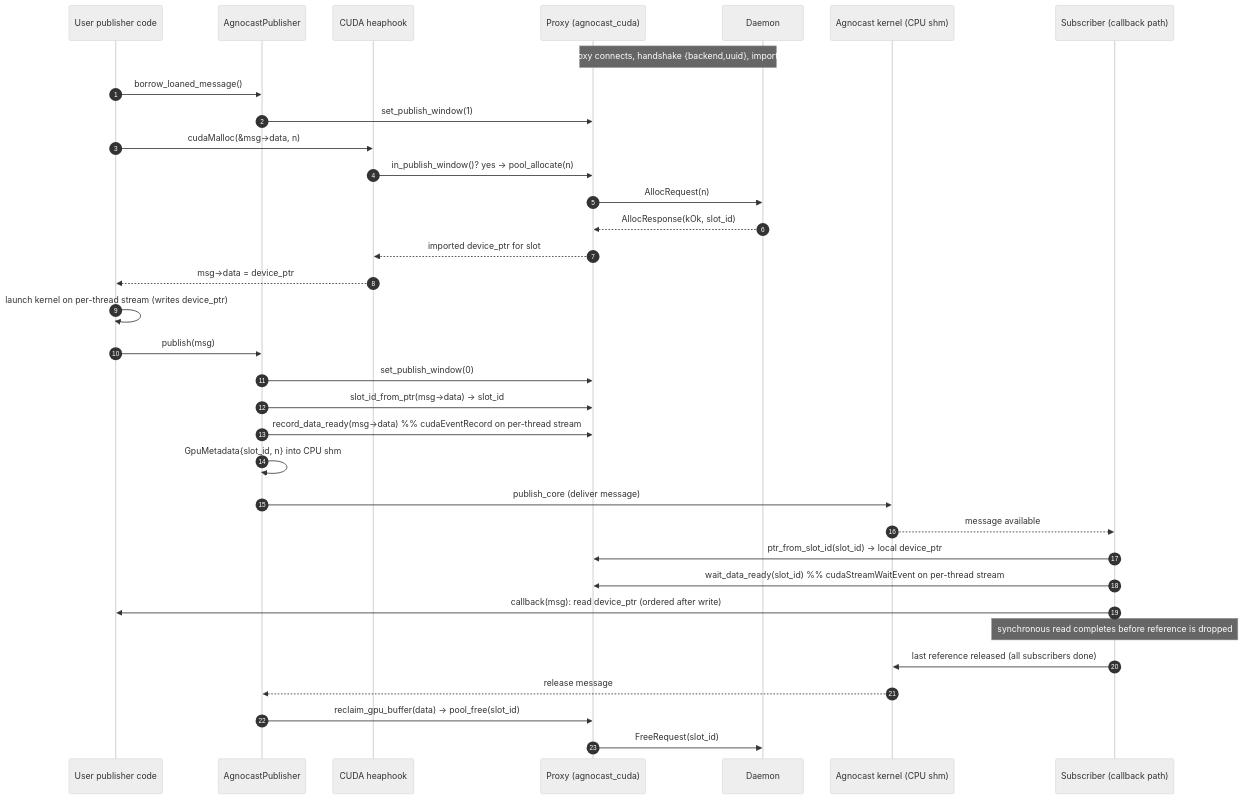
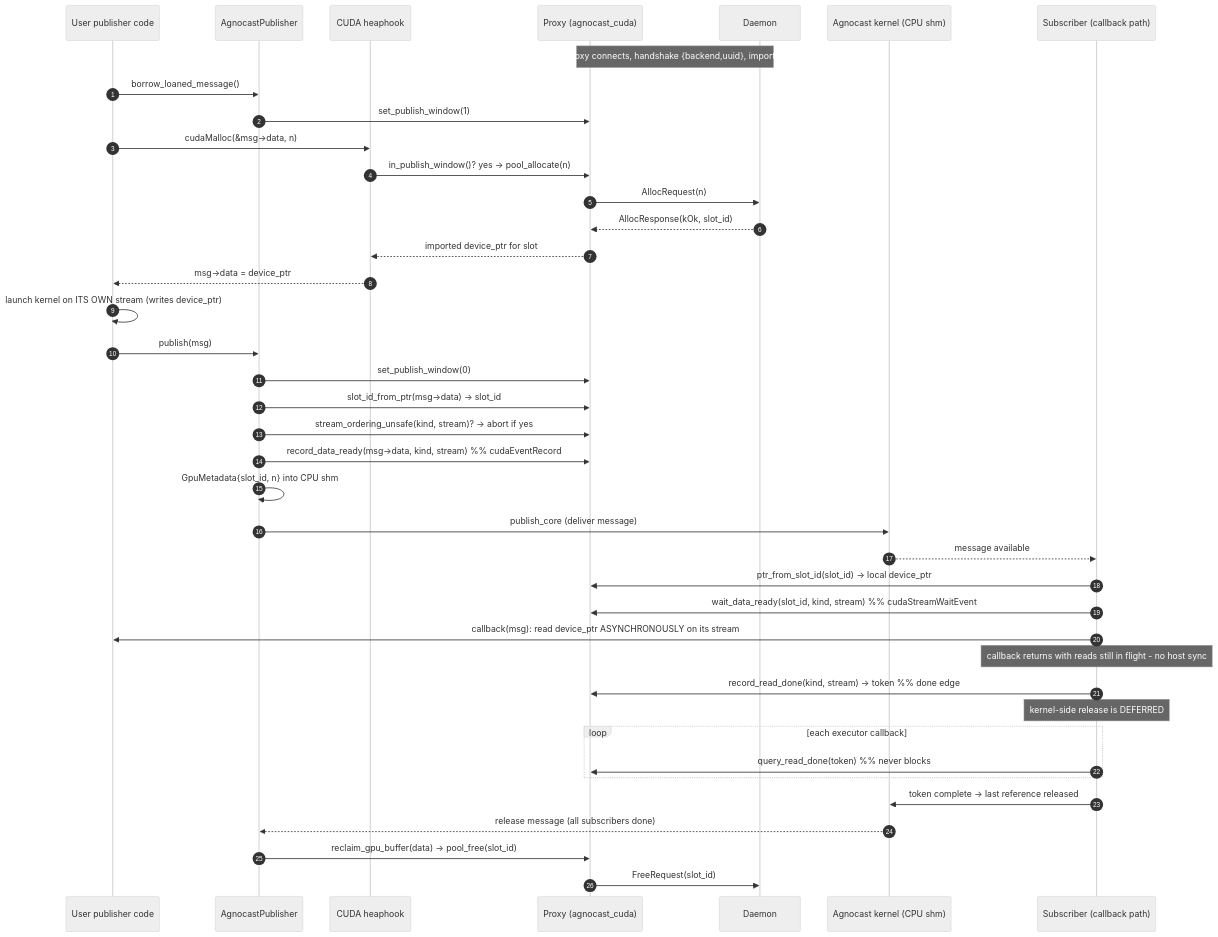
The second of 4 diagrams in docs/gpu_ipc_design.md (autowarefoundation/agnocast), drawn with Mermaid (neutral theme) before and after one commit. The commit also changed other lines of this file and 31 other files, not shown here.

First line of the commit message:
feat(gpu-ipc): support arbitrary CUDA streams for publishers and subscribers

````diff
--- a/docs/gpu_ipc_design.md
+++ b/docs/gpu_ipc_design.md
@@ -261,40 +345,46 @@
 ```mermaid
 sequenceDiagram
     autonumber
     participant U as User publisher code
     participant P as AgnocastPublisher
     participant H as CUDA heaphook
     participant X as Proxy (agnocast_cuda)
     participant D as Daemon
     participant K as Agnocast kernel (CPU shm)
     participant S as Subscriber (callback path)
 
     Note over X,D: (once) proxy connects, handshake {backend,uuid}, imports all slots
 
     U->>P: borrow_loaned_message()
     P->>X: set_publish_window(1)
     U->>H: cudaMalloc(&msg->data, n)
     H->>X: in_publish_window()? yes -> pool_allocate(n)
     X->>D: AllocRequest(n)
     D-->>X: AllocResponse(kOk, slot_id)
     X-->>H: imported device_ptr for slot
     H-->>U: msg->data = device_ptr
-    U->>U: launch kernel on per-thread stream (writes device_ptr)
+    U->>U: launch kernel on ITS OWN stream (writes device_ptr)
     U->>P: publish(msg)
     P->>X: set_publish_window(0)
     P->>X: slot_id_from_ptr(msg->data) -> slot_id
-    P->>X: record_data_ready(msg->data)  %% cudaEventRecord on per-thread stream
+    P->>X: stream_ordering_unsafe(kind, stream)? -> abort if yes
+    P->>X: record_data_ready(msg->data, kind, stream)  %% cudaEventRecord
     P->>P: GpuMetadata{slot_id, n} into CPU shm
     P->>K: publish_core (deliver message)
 
     K-->>S: message available
     S->>X: ptr_from_slot_id(slot_id) -> local device_ptr
-    S->>X: wait_data_ready(slot_id)  %% cudaStreamWaitEvent on per-thread stream
-    S->>U: callback(msg): read device_ptr (ordered after write)
-    Note over S: synchronous read completes before reference is dropped
+    S->>X: wait_data_ready(slot_id, kind, stream)  %% cudaStreamWaitEvent
+    S->>U: callback(msg): read device_ptr ASYNCHRONOUSLY on its stream
+    Note over S: callback returns with reads still in flight - no host sync
 
-    S->>K: last reference released (all subscribers done)
-    K-->>P: release message
+    S->>X: record_read_done(kind, stream) -> token   %% done edge
+    Note over S: kernel-side release is DEFERRED
+    loop each executor callback
+        S->>X: query_read_done(token)  %% never blocks
+    end
+    S->>K: token complete -> last reference released
+    K-->>P: release message (all subscribers done)
     P->>X: reclaim_gpu_buffer(data) -> pool_free(slot_id)
     X->>D: FreeRequest(slot_id)
 ```
````
